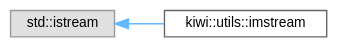
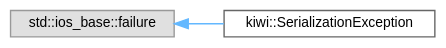
One commit to bab2min/Kiwi changed the diagram in inherit_graph_137.dot. Above: the diagram before and after it, drawn with Graphviz. The commit also changed 89 other files, not shown here.

```diff
--- a/inherit_graph_137.dot
+++ b/inherit_graph_137.dot
@@ -1,11 +1,11 @@
 digraph "Graphical Class Hierarchy"
 {
  // LATEX_PDF_SIZE
   bgcolor="transparent";
   edge [fontname=Helvetica,fontsize=10,labelfontname=Helvetica,labelfontsize=10];
   node [fontname=Helvetica,fontsize=10,shape=box,height=0.2,width=0.4];
   rankdir="LR";
-  Node0 [id="Node000000",label="std::istream",height=0.2,width=0.4,color="grey60", fillcolor="#E0E0E0", style="filled",tooltip=" "];
-  Node0 -> Node1 [id="edge22_Node000000_Node000001",dir="back",color="steelblue1",style="solid",tooltip=" "];
-  Node1 [id="Node000001",label="kiwi::utils::imstream",height=0.2,width=0.4,color="grey40", fillcolor="white", style="filled",URL="$classkiwi_1_1utils_1_1imstream.html",tooltip=" "];
+  Node0 [id="Node000000",label="std::ios_base::failure",height=0.2,width=0.4,color="grey60", fillcolor="#E0E0E0", style="filled",tooltip=" "];
+  Node0 -> Node1 [id="edge21_Node000000_Node000001",dir="back",color="steelblue1",style="solid",tooltip=" "];
+  Node1 [id="Node000001",label="kiwi::SerializationException",height=0.2,width=0.4,color="grey40", fillcolor="white", style="filled",URL="$classkiwi_1_1SerializationException.html",tooltip=" "];
 }
```
